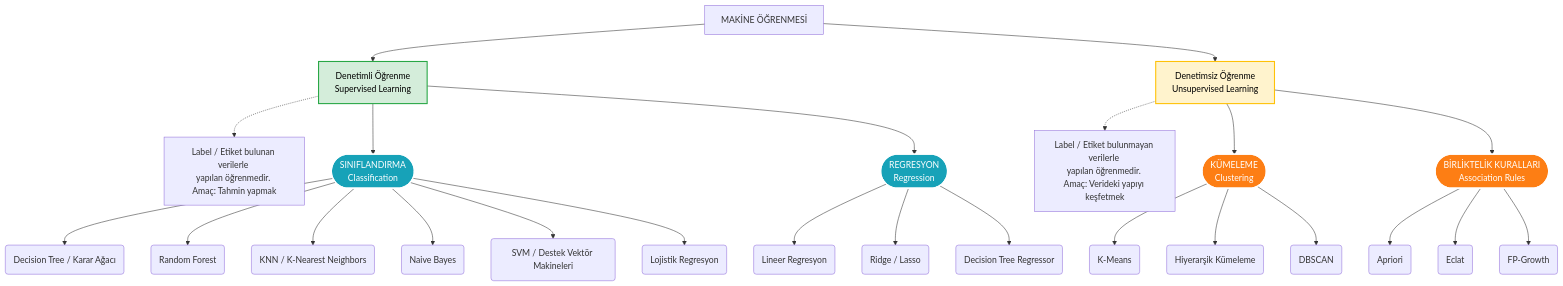
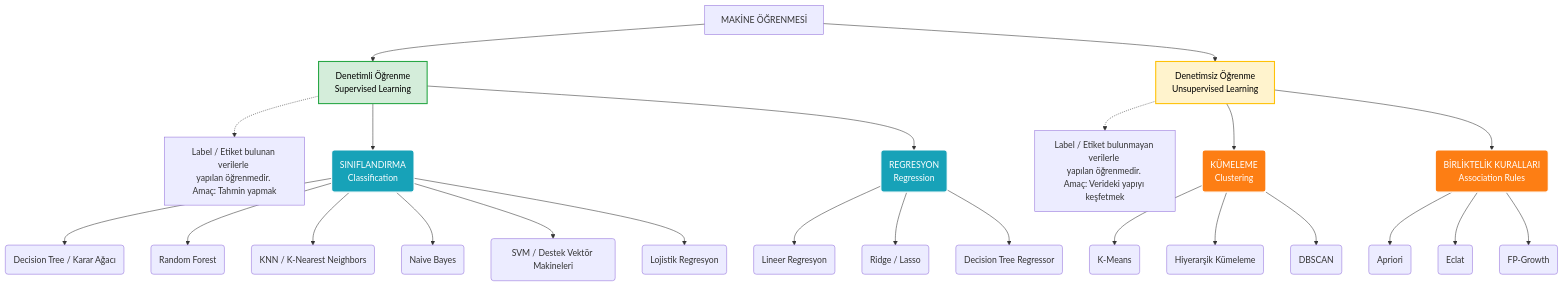
The first of 4 diagrams in content/1-ders-notlari/2-sinif/2-2-bahar/veri-madenciligi/Teorik Notlar/veri-madenciligi-4.md (meto-data/noetic-logos), drawn with Mermaid before and after one commit. The commit also changed other lines of this file, not shown here.

````diff
--- a/content/1-ders-notlari/2-sinif/2-2-bahar/veri-madenciligi/Teorik Notlar/veri-madenciligi-4.md
+++ b/content/1-ders-notlari/2-sinif/2-2-bahar/veri-madenciligi/Teorik Notlar/veri-madenciligi-4.md
@@ -62,53 +62,42 @@
 ```mermaid
-flowchart TD
+graph TD
 
-    %% Ana Başlık
-    A["MAKİNE ÖĞRENMESİ"]
+A["MAKİNE ÖĞRENMESİ"]
+A --> B["Denetimli Öğrenme <br> Supervised Learning"]
+A --> C["Denetimsiz Öğrenme <br> Unsupervised Learning"]
 
-    %% İki Ana Dal
-    A --> B["Denetimli Öğrenme <br> Supervised Learning"]
-    A --> C["Denetimsiz Öğrenme <br> Unsupervised Learning"]
+B -.-> B_desc["Label / Etiket bulunan verilerle <br>yapılan öğrenmedir. <br>Amaç: Tahmin yapmak"]
+C -.-> C_desc["Label / Etiket bulunmayan verilerle <br>yapılan öğrenmedir. <br>Amaç: Verideki yapıyı keşfetmek"]
 
-    %% Açıklama Kutuları
-    B -.-> B_desc["Label / Etiket bulunan verilerle <br>yapılan öğrenmedir. <br>Amaç: Tahmin yapmak"]
-    C -.-> C_desc["Label / Etiket bulunmayan verilerle <br>yapılan öğrenmedir. <br>Amaç: Verideki yapıyı keşfetmek"]
+B --> D("SINIFLANDIRMA <br> Classification")
+B --> E("REGRESYON <br> Regression")
 
-    %% Denetimli Alt Dalları
-    B --> D(["SINIFLANDIRMA <br> Classification"])
-    B --> E(["REGRESYON <br> Regression"])
+D --> D1("Decision Tree / Karar Ağacı")
+D --> D2("Random Forest")
+D --> D3("KNN / K-Nearest Neighbors")
+D --> D4("Naive Bayes")
+D --> D5("SVM / Destek Vektör Makineleri")
+D --> D6("Lojistik Regresyon")
 
-    %% Sınıflandırma Algoritmaları
-    D --> D1("Decision Tree / Karar Ağacı")
-    D --> D2("Random Forest")
-    D --> D3("KNN / K-Nearest Neighbors")
-    D --> D4("Naive Bayes")
-    D --> D5("SVM / Destek Vektör Makineleri")
-    D --> D6("Lojistik Regresyon")
+E --> E1("Lineer Regresyon")
+E --> E2("Ridge / Lasso")
+E --> E3("Decision Tree Regressor")
 
-    %% Regresyon Algoritmaları
-    E --> E1("Lineer Regresyon")
-    E --> E2("Ridge / Lasso")
-    E --> E3("Decision Tree Regressor")
+C --> F("KÜMELEME <br> Clustering")
+C --> G("BİRLİKTELİK KURALLARI <br> Association Rules")
 
-    %% Denetimsiz Alt Dalları
-    C --> F(["KÜMELEME <br> Clustering"])
-    C --> G(["BİRLİKTELİK KURALLARI <br> Association Rules"])
+F --> F1("K-Means")
+F --> F2("Hiyerarşik Kümeleme")
+F --> F3("DBSCAN")
 
-    %% Kümeleme Algoritmaları
-    F --> F1("K-Means")
-    F --> F2("Hiyerarşik Kümeleme")
-    F --> F3("DBSCAN")
+G --> G1("Apriori")
+G --> G2("Eclat")
+G --> G3("FP-Growth")
 
-    %% Birliktelik Algoritmaları
-    G --> G1("Apriori")
-    G --> G2("Eclat")
-    G --> G3("FP-Growth")
-
-    %% Renklendirmeler ve Stiller (Karanlık Mod Uyumluluğu Eklendi)
-    style B fill:#d4edda,stroke:#28a745,stroke-width:2px,color:#000000
-    style C fill:#fff3cd,stroke:#ffc107,stroke-width:2px,color:#000000
-    style D fill:#17a2b8,stroke:#ffffff,stroke-width:2px,color:#ffffff
-    style E fill:#17a2b8,stroke:#ffffff,stroke-width:2px,color:#ffffff
-    style F fill:#fd7e14,stroke:#ffffff,stroke-width:2px,color:#ffffff
-    style G fill:#fd7e14,stroke:#ffffff,stroke-width:2px,color:#ffffff
+style B fill:#d4edda,stroke:#28a745,stroke-width:2px,color:#000000
+style C fill:#fff3cd,stroke:#ffc107,stroke-width:2px,color:#000000
+style D fill:#17a2b8,stroke:#ffffff,stroke-width:2px,color:#ffffff
+style E fill:#17a2b8,stroke:#ffffff,stroke-width:2px,color:#ffffff
+style F fill:#fd7e14,stroke:#ffffff,stroke-width:2px,color:#ffffff
+style G fill:#fd7e14,stroke:#ffffff,stroke-width:2px,color:#ffffff
 ```
````
